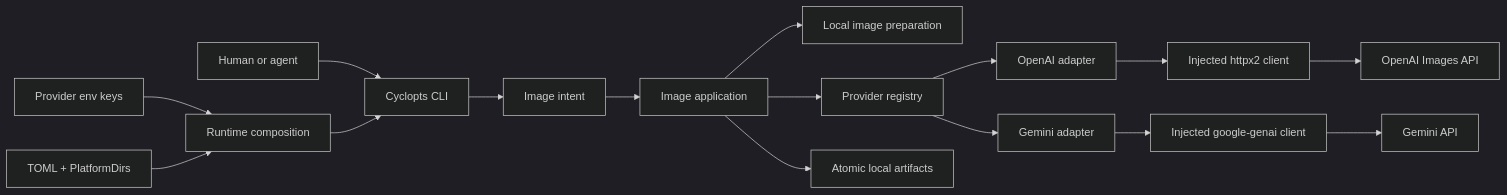
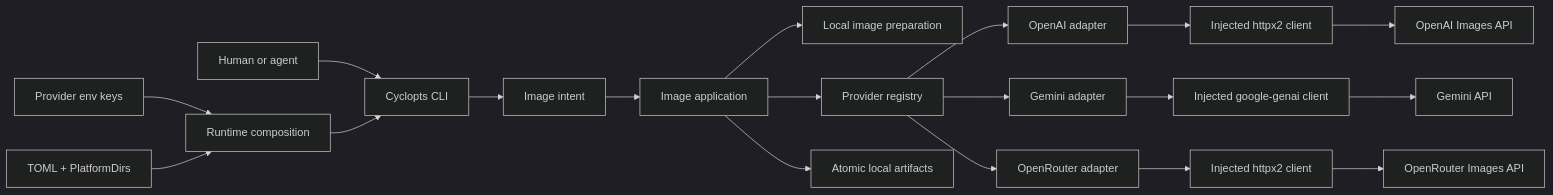
The diagram in .knowledge/ARCHITECTURE.md (difegam/pixgen), drawn with Mermaid (dark theme) before and after one commit. The commit also changed other lines of this file and 8 other files, not shown here.

First line of the commit message:
feat: integrate OpenRouter as a built-in image provider

````diff
--- a/.knowledge/ARCHITECTURE.md
+++ b/.knowledge/ARCHITECTURE.md
@@ -16,18 +16,21 @@
 ```mermaid
 flowchart LR
   A[Human or agent] --> B[Cyclopts CLI]
   B --> C[Image intent]
   C --> D[Image application]
   D --> E[Local image preparation]
   D --> F[Provider registry]
   F --> G[OpenAI adapter]
   F --> H[Gemini adapter]
+  F --> Q[OpenRouter adapter]
   G --> I[Injected httpx2 client]
   I --> J[OpenAI Images API]
   H --> K[Injected google-genai client]
   K --> L[Gemini API]
+  Q --> R[Injected httpx2 client]
+  R --> S[OpenRouter Images API]
   D --> M[Atomic local artifacts]
   N[Provider env keys] --> O[Runtime composition]
   P[TOML + PlatformDirs] --> O
   O --> B
 ```
````
